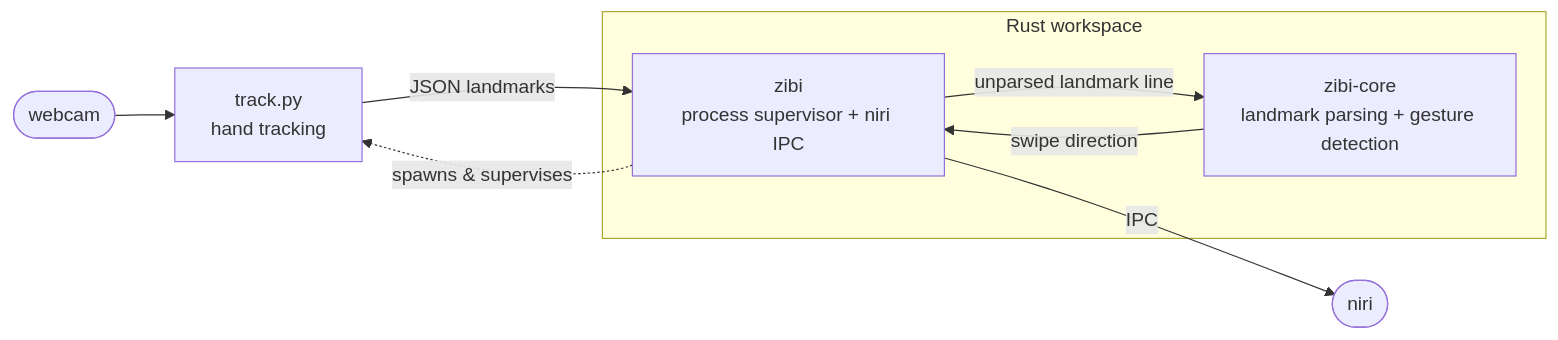
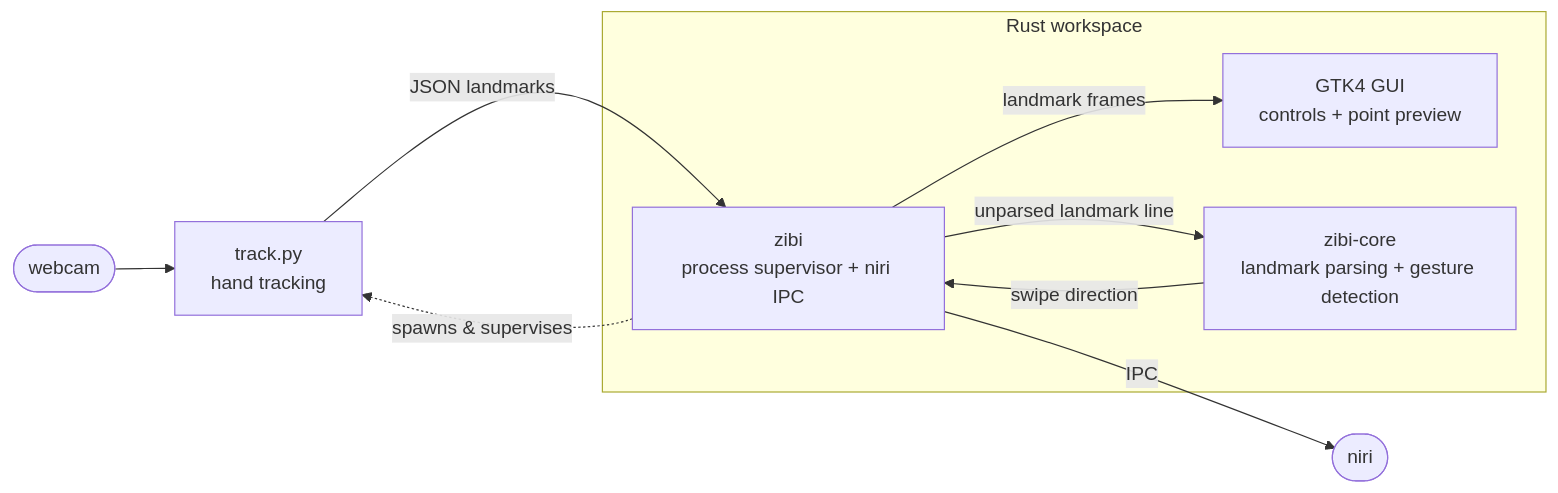
The diagram in README.md (IdanKoblik/zibi), drawn with Mermaid before and after one commit. The commit also changed other lines of this file and 15 other files, not shown here.

First line of the commit message:
GTK gui (#15)

````diff
--- a/README.md
+++ b/README.md
@@ -36,15 +36,17 @@
 ```mermaid
 flowchart LR
     webcam([webcam]) --> track["track.py<br/>hand tracking"]
     track -- "JSON landmarks" --> zibi
 
     subgraph rust["Rust workspace"]
         zibi["zibi<br/>process supervisor + niri IPC"]
+        gui["GTK4 GUI<br/>controls + point preview"]
         core["zibi-core<br/>landmark parsing + gesture detection"]
         zibi -- "unparsed landmark line" --> core
         core -- "swipe direction" --> zibi
+        zibi -- "landmark frames" --> gui
     end
 
     zibi -- "IPC" --> niri([niri])
     zibi -. "spawns & supervises" .-> track
 ```
````
